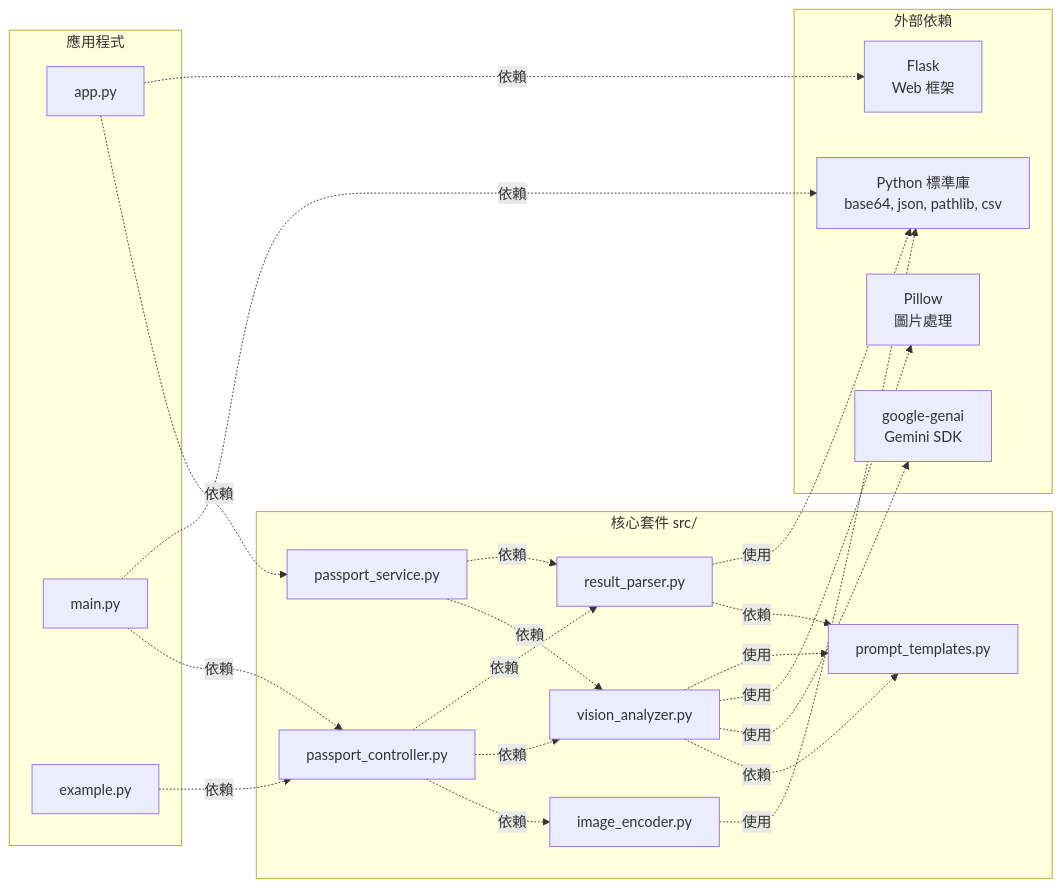
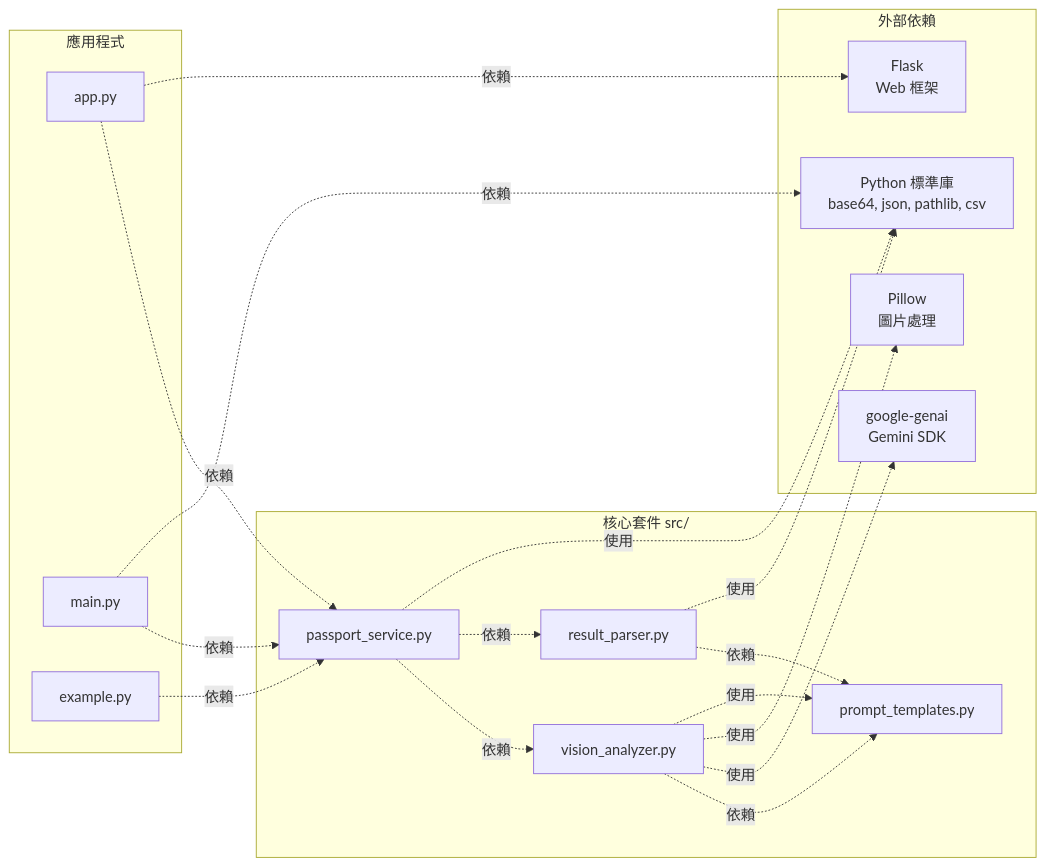
Before and after one commit to wu02067602/Passport-image-recognition: the second of 5 diagrams in 元件圖.md, drawn with Mermaid. The commit also changed other lines of this file and 10 other files, not shown here.

````diff
--- a/元件圖.md
+++ b/元件圖.md
@@ -57,44 +52,39 @@
 ```mermaid
 graph LR
     subgraph "應用程式"
         APP[app.py]
         MAIN[main.py]
         EX[example.py]
     end
     
     subgraph "核心套件 src/"
-        PC[passport_controller.py]
-        PS[passport_service.py]
-        IE[image_encoder.py]
+        PSVC[passport_service.py]
         VA[vision_analyzer.py]
         RP[result_parser.py]
         PT[prompt_templates.py]
     end
     
     subgraph "外部依賴"
         FLASK[Flask<br/>Web 框架]
         PIL[Pillow<br/>圖片處理]
         GENAI[google-genai<br/>Gemini SDK]
         STD[Python 標準庫<br/>base64, json, pathlib, csv]
     end
     
-    APP -.依賴.-> PS
+    APP -.依賴.-> PSVC
     APP -.依賴.-> FLASK
-    MAIN -.依賴.-> PC
+    MAIN -.依賴.-> PSVC
     MAIN -.依賴.-> STD
-    EX -.依賴.-> PC
+    EX -.依賴.-> PSVC
     
-    PC -.依賴.-> IE
-    PC -.依賴.-> VA
-    PC -.依賴.-> RP
-    PS -.依賴.-> VA
-    PS -.依賴.-> RP
+    PSVC -.依賴.-> VA
+    PSVC -.依賴.-> RP
     VA -.依賴.-> PT
     RP -.依賴.-> PT
     
-    IE -.使用.-> STD
     VA -.使用.-> GENAI
     VA -.使用.-> PIL
     VA -.使用.-> PT
     RP -.使用.-> STD
+    PSVC -.使用.-> STD
 ```
````
